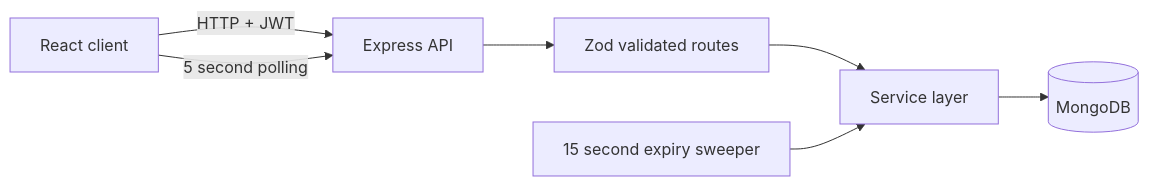
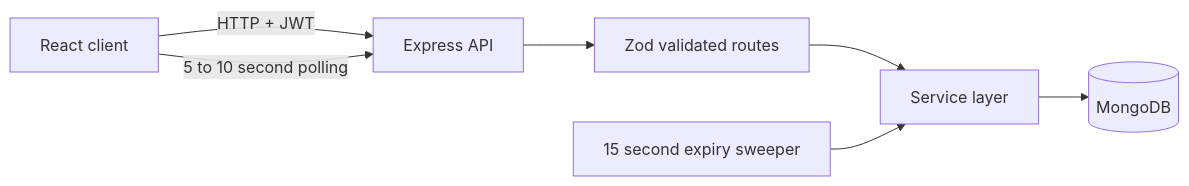
One commit to markandray/SeatFlow changed the first of 3 diagrams in README.md. Above: the diagram before and after it, drawn with Mermaid. The commit also changed other lines of this file and 2 other files, not shown here.

````diff
--- a/README.md
+++ b/README.md
@@ -37,9 +42,9 @@
 ```mermaid
 flowchart LR
   Browser[React client] -->|HTTP + JWT| API[Express API]
   API --> Routes[Zod validated routes]
   Routes --> Services[Service layer]
   Services --> Mongo[(MongoDB)]
   Sweeper[15 second expiry sweeper] --> Services
-  Browser -->|5 second polling| API
+  Browser -->|5 to 10 second polling| API
 ```
````
